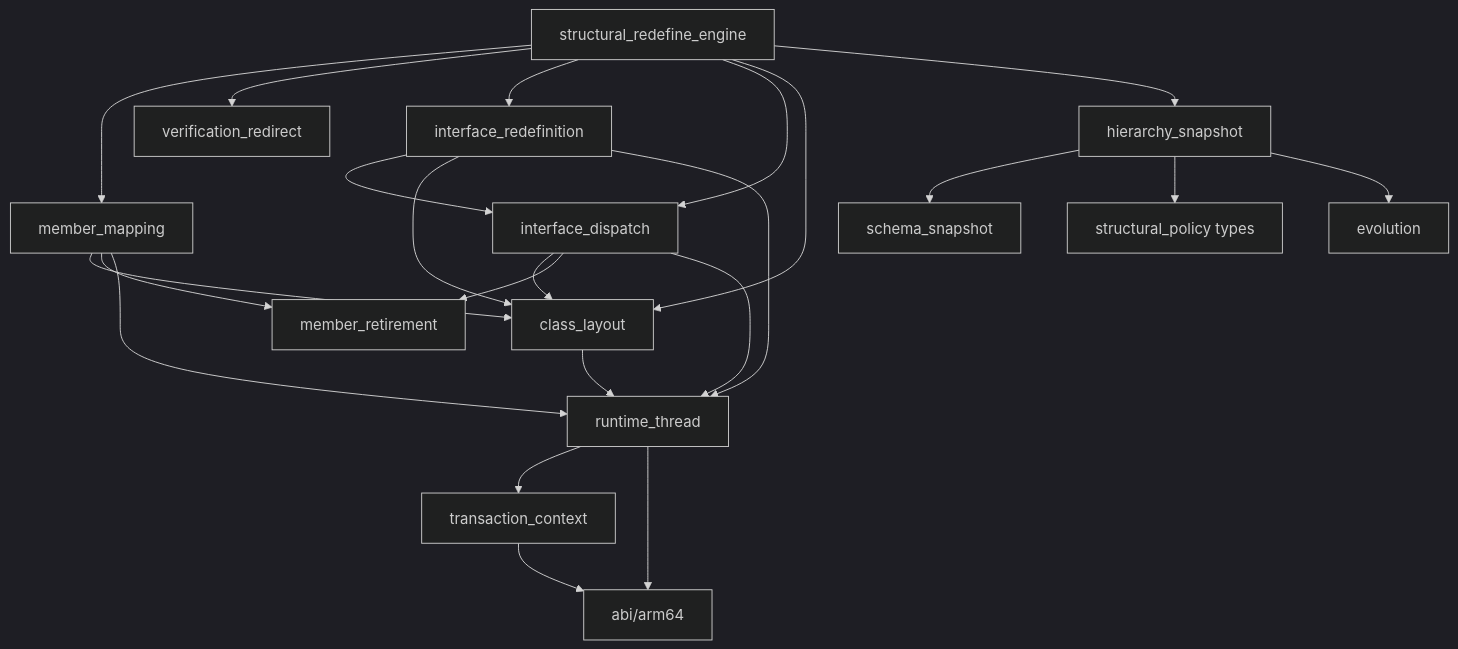
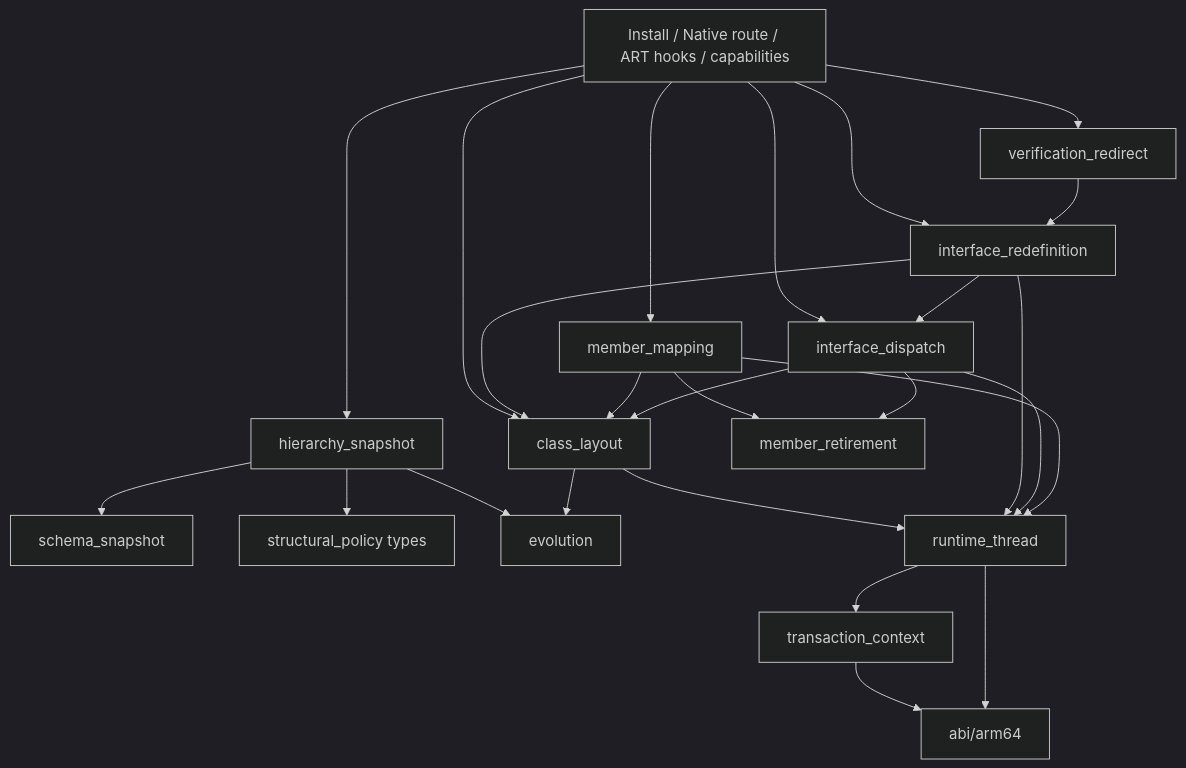
One commit to ytlog/art-dcevm changed the diagram in docs/STRUCTURAL_REDEFINE_ENGINE.en.md. Above: the diagram before and after it, drawn with Mermaid (dark theme). The commit also changed other lines of this file and 1 other file, not shown here.

Commit message:
Document structural engine phases and interface allocation exception

````diff
--- a/docs/STRUCTURAL_REDEFINE_ENGINE.en.md
+++ b/docs/STRUCTURAL_REDEFINE_ENGINE.en.md
@@ -454,25 +472,27 @@
 ```mermaid
 flowchart TD
-    engine[structural_redefine_engine] --> mapping[member_mapping]
+    engine[Install / Native route / ART hooks / capabilities] --> mapping[member_mapping]
     engine --> verify[verification_redirect]
     engine --> interface[interface_redefinition]
     engine --> dispatch[interface_dispatch]
     engine --> layout[class_layout]
     engine --> hierarchy[hierarchy_snapshot]
     hierarchy --> schema[schema_snapshot]
     hierarchy --> policy[structural_policy types]
     hierarchy --> evolution[evolution]
+    verify --> interface
+    layout --> evolution
     interface --> dispatch
     interface --> layout
     mapping --> layout
     mapping --> retirement[member_retirement]
     dispatch --> layout
     dispatch --> retirement
     layout --> thread[runtime_thread]
     interface --> thread
     dispatch --> thread
     mapping --> thread
     thread --> context[transaction_context]
     context --> abi[abi/arm64]
     thread --> abi
 ```
````
